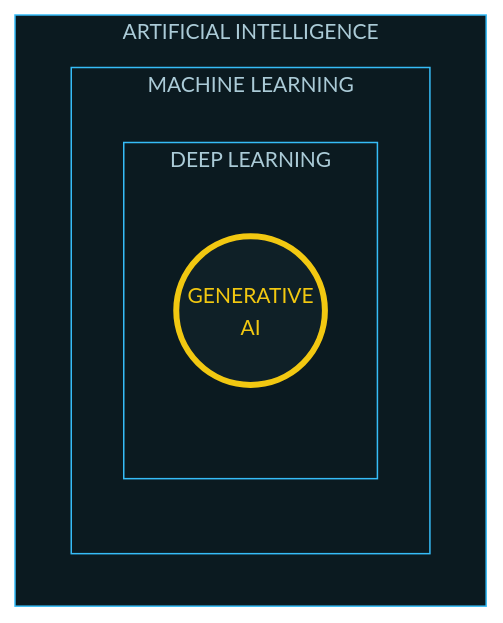
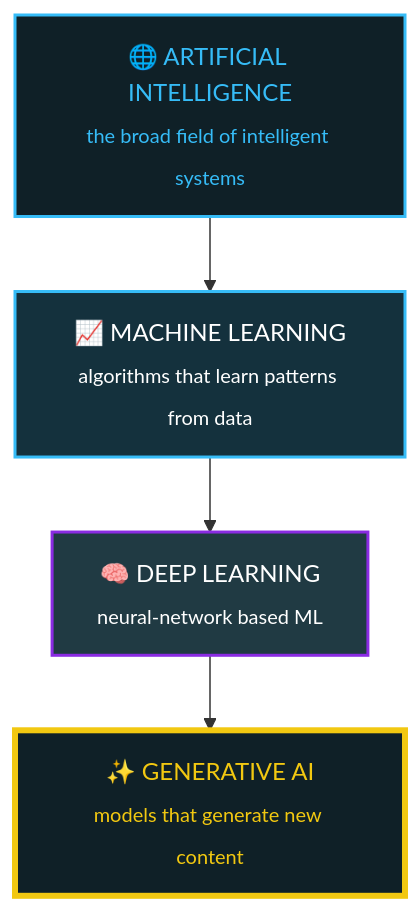
One commit to NEERAJSINGHDANU07/NEERAJSINGHDANU07 changed the fourth of 5 diagrams in README.md. Above: the diagram before and after it, drawn with Mermaid. The commit also changed other lines of this file, not shown here.

````diff
--- a/README.md
+++ b/README.md
@@ -378,12 +323,16 @@
 ```mermaid
-%%{init: {'theme':'base','themeVariables':{'fontFamily':'Fira Code, monospace','fontSize':'14px','primaryColor':'#203A43','primaryTextColor':'#FFFFFF','primaryBorderColor':'#36BCF7','lineColor':'#8A2BE2','clusterBkg':'#0B1A20','clusterBorder':'#36BCF7'}}}%%
 flowchart TD
-    subgraph AI["ARTIFICIAL INTELLIGENCE"]
-        subgraph ML["MACHINE LEARNING"]
-            subgraph DL["DEEP LEARNING"]
-                GEN(("GENERATIVE<br/>AI"))
-            end
-        end
-    end
+    AI["🌐 ARTIFICIAL INTELLIGENCE<br/><sub>the broad field of intelligent systems</sub>"]
+    ML["📈 MACHINE LEARNING<br/><sub>algorithms that learn patterns from data</sub>"]
+    DL["🧠 DEEP LEARNING<br/><sub>neural-network based ML</sub>"]
+    GEN["✨ GENERATIVE AI<br/><sub>models that generate new content</sub>"]
+    
+    AI --> ML
+    ML --> DL
+    DL --> GEN
+    
+    style AI fill:#0F2027,stroke:#36BCF7,stroke-width:2px,color:#36BCF7
+    style ML fill:#14313D,stroke:#36BCF7,stroke-width:2px,color:#FFFFFF
+    style DL fill:#203A43,stroke:#8A2BE2,stroke-width:2px,color:#FFFFFF
     style GEN fill:#0F2027,stroke:#F2C811,stroke-width:4px,color:#F2C811
 ```
````
